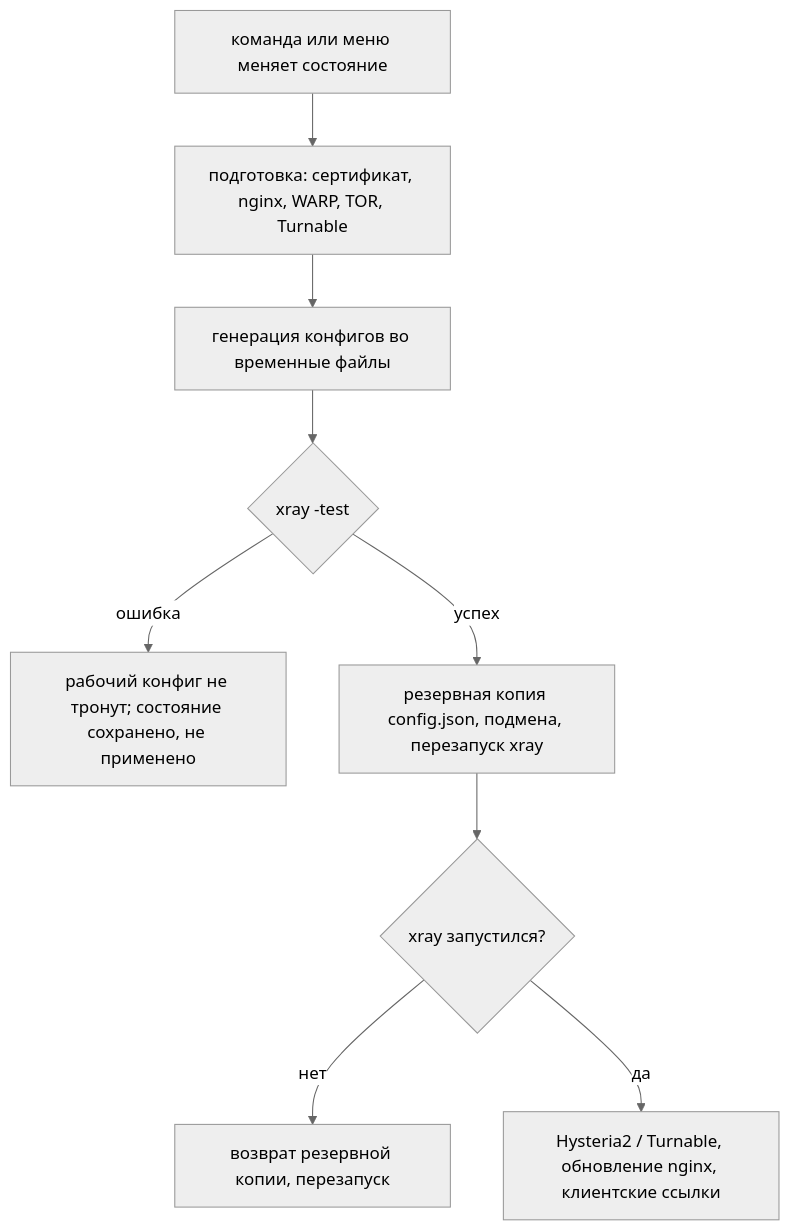
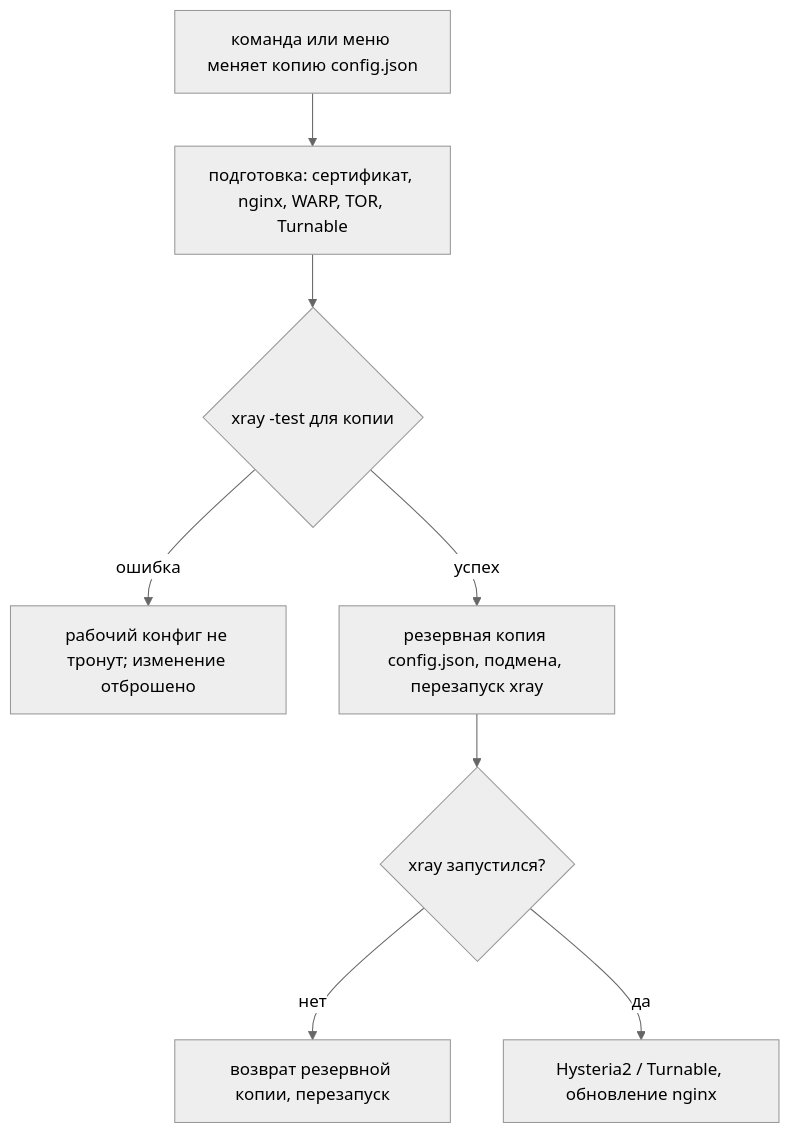
Before and after one commit to Shark-vil/xray_vless_easy_install_script: the second of 4 diagrams in docs/ru/architecture.md, drawn with Mermaid (neutral theme). The commit also changed other lines of this file and 27 other files, not shown here.

First line of the commit message:
Make config.json the source of truth

````diff
--- a/docs/ru/architecture.md
+++ b/docs/ru/architecture.md
@@ -29,11 +35,10 @@
 ```mermaid
 flowchart TD
-    A[команда или меню меняет состояние] --> B[подготовка: сертификат, nginx, WARP, TOR, Turnable]
-    B --> C[генерация конфигов во временные файлы]
-    C --> D{xray -test}
-    D -- ошибка --> E[рабочий конфиг не тронут; состояние сохранено, не применено]
+    A[команда или меню меняет копию config.json] --> B[подготовка: сертификат, nginx, WARP, TOR, Turnable]
+    B --> D{xray -test для копии}
+    D -- ошибка --> E[рабочий конфиг не тронут; изменение отброшено]
     D -- успех --> F[резервная копия config.json, подмена, перезапуск xray]
     F --> G{xray запустился?}
     G -- нет --> H[возврат резервной копии, перезапуск]
-    G -- да --> I[Hysteria2 / Turnable, обновление nginx, клиентские ссылки]
+    G -- да --> I[Hysteria2 / Turnable, обновление nginx]
 ```
````
